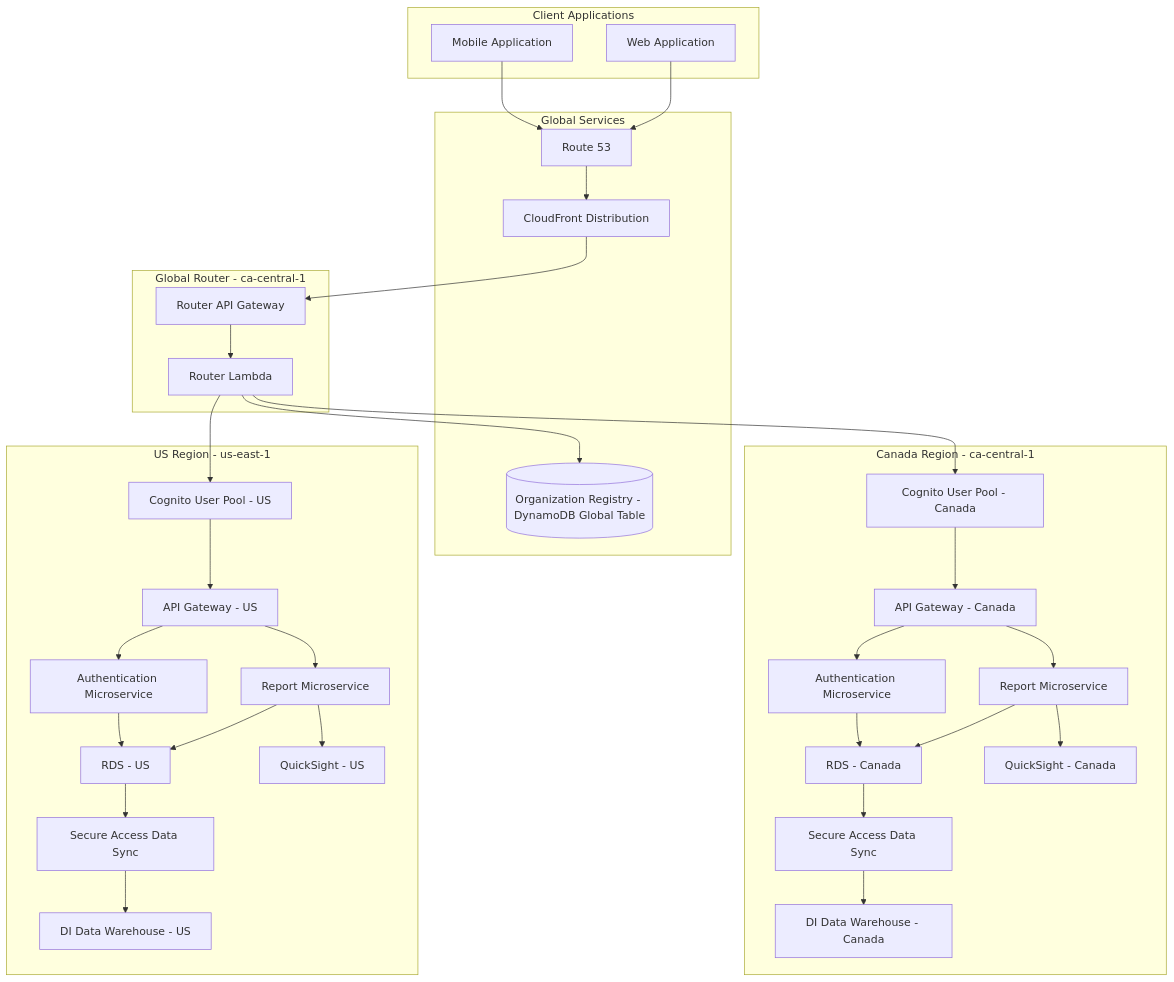
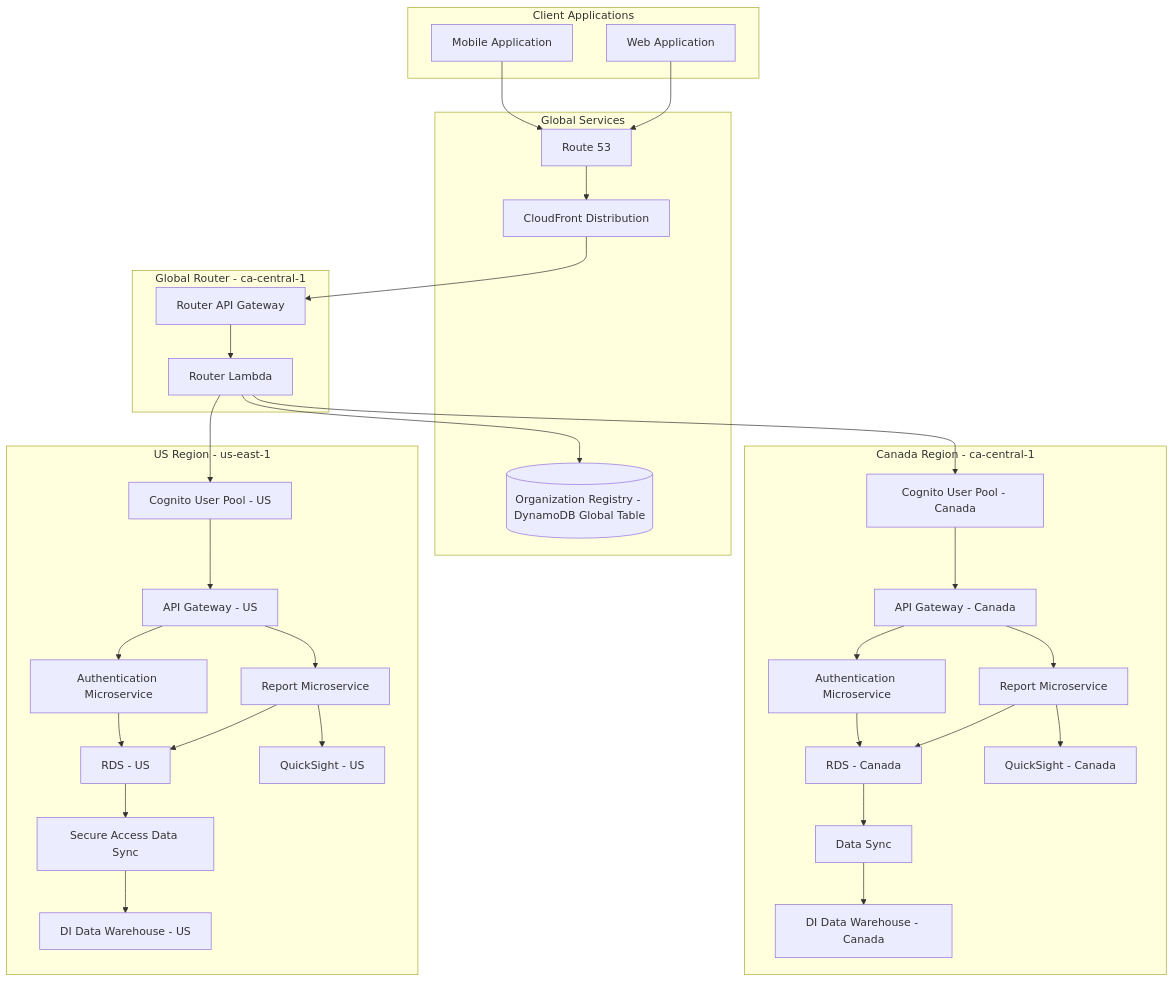
Before and after one commit to hugger-beep/private1: the second of 3 diagrams in Detailed.md, drawn with Mermaid. The commit also changed other lines of this file, not shown here.

````diff
--- a/Detailed.md
+++ b/Detailed.md
@@ -72,70 +72,70 @@
 ```mermaid
 graph TD
     subgraph "Global Services"
         Route53[Route 53]
         GlobalDDB[(Organization Registry - DynamoDB Global Table)]
         CloudFront[CloudFront Distribution]
     end
     
     subgraph "Client Applications"
         MobileApp[Mobile Application]
         WebApp[Web Application]
     end
     
     subgraph "Global Router - ca-central-1"
         RouterAPI[Router API Gateway]
         RouterLambda[Router Lambda]
     end
     
     subgraph "Canada Region - ca-central-1"
         CAUserPool[Cognito User Pool - Canada]
         CAAPI[API Gateway - Canada]
         CAAuth[Authentication Microservice]
         CAReport[Report Microservice]
         CARDS[RDS - Canada]
         CADW[DI Data Warehouse - Canada]
-        CASecureSync[Secure Access Data Sync]
+        CASecureSync[Data Sync]
         CAQS[QuickSight - Canada]
     end
     
     subgraph "US Region - us-east-1"
         USUserPool[Cognito User Pool - US]
         USAPI[API Gateway - US]
         USAuth[Authentication Microservice]
         USReport[Report Microservice]
         USRDS[RDS - US]
         USDW[DI Data Warehouse - US]
         USSecureSync[Secure Access Data Sync]
         USQS[QuickSight - US]
     end
     
     MobileApp --> Route53
     WebApp --> Route53
     Route53 --> CloudFront
     CloudFront --> RouterAPI
     
     RouterAPI --> RouterLambda
     RouterLambda --> GlobalDDB
     
     RouterLambda --> CAUserPool
     RouterLambda --> USUserPool
     
     CAUserPool --> CAAPI
     USUserPool --> USAPI
     
     CAAPI --> CAAuth
     CAAPI --> CAReport
     CAAuth --> CARDS
     CAReport --> CAQS
     CAReport --> CARDS
     CARDS --> CASecureSync
     CASecureSync --> CADW
     
     USAPI --> USAuth
     USAPI --> USReport
     USAuth --> USRDS
     USReport --> USQS
     USReport --> USRDS
     USRDS --> USSecureSync
     USSecureSync --> USDW
 ```
````
